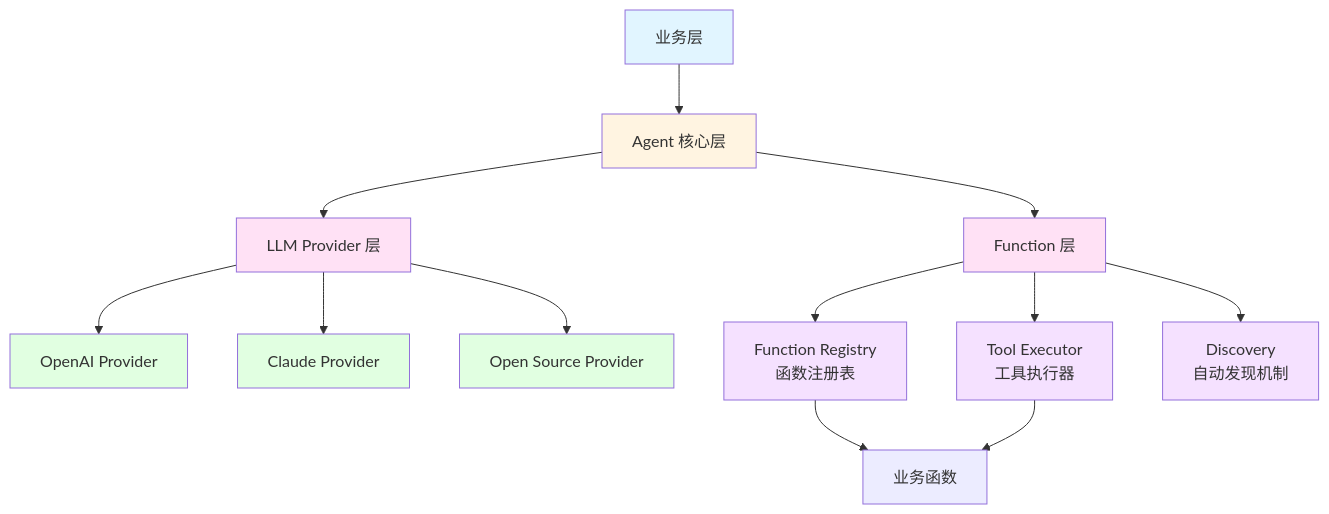
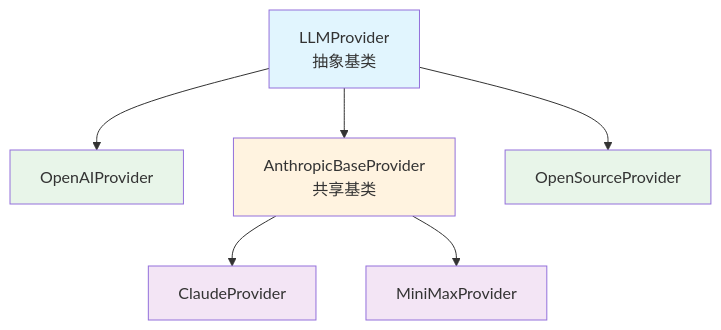
The third of 8 diagrams in design/agent.md (Auromix/We-Bussiness-Manager), drawn with Mermaid before and after one commit. The commit also changed other lines of this file and 30 other files, not shown here.

````diff
--- a/design/agent.md
+++ b/design/agent.md
@@ -9,25 +271,16 @@
 ```mermaid
 graph TB
-    A[业务层] --> B[Agent 核心层]
-    B --> C[LLM Provider 层]
-    B --> D[Function 层]
-    C --> E[OpenAI Provider]
-    C --> F[Claude Provider]
-    C --> G[Open Source Provider]
-    D --> H[Function Registry<br/>函数注册表]
-    D --> I[Tool Executor<br/>工具执行器]
-    D --> J[Discovery<br/>自动发现机制]
-    H --> K[业务函数]
-    I --> K
+    A[LLMProvider<br/>抽象基类] --> B[OpenAIProvider]
+    A --> C[AnthropicBaseProvider<br/>共享基类]
+    A --> D[OpenSourceProvider]
     
-    style A fill:#e1f5ff
-    style B fill:#fff4e1
-    style C fill:#ffe1f5
-    style D fill:#ffe1f5
-    style E fill:#e1ffe1
-    style F fill:#e1ffe1
-    style G fill:#e1ffe1
-    style H fill:#f5e1ff
-    style I fill:#f5e1ff
-    style J fill:#f5e1ff
+    C --> E[ClaudeProvider]
+    C --> F[MiniMaxProvider]
+    
+    style A fill:#e1f5fe
+    style C fill:#fff3e0
+    style B fill:#e8f5e9
+    style D fill:#e8f5e9
+    style E fill:#f3e5f5
+    style F fill:#f3e5f5
 ```
````
